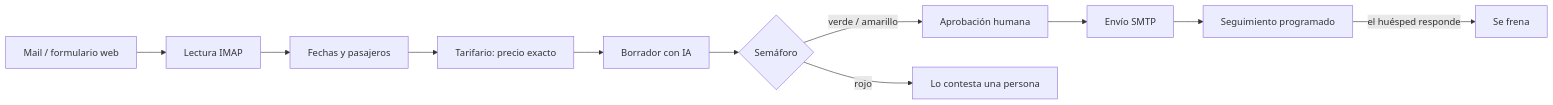
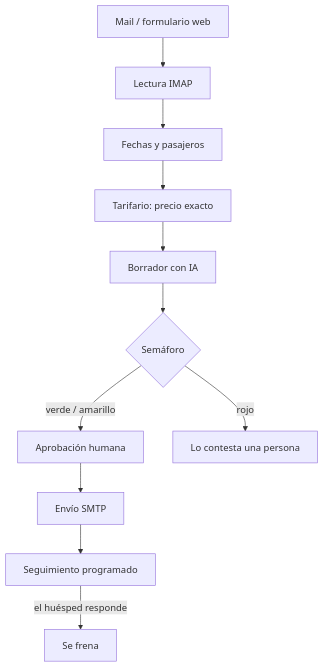
Before and after one commit to ANGELDUPUY/365-marea: the diagram in README.md, drawn with Mermaid.

Commit message:
Diagrama del flujo en vertical para que se lea mejor

````diff
--- a/README.md
+++ b/README.md
@@ -32,13 +32,13 @@
 ```mermaid
-flowchart LR
+flowchart TD
     A[Mail / formulario web] --> B[Lectura IMAP]
     B --> C[Fechas y pasajeros]
     C --> D[Tarifario: precio exacto]
     D --> E[Borrador con IA]
     E --> F{Semáforo}
     F -->|verde / amarillo| G[Aprobación humana]
     F -->|rojo| H[Lo contesta una persona]
     G --> I[Envío SMTP]
     I --> J[Seguimiento programado]
     J -->|el huésped responde| K[Se frena]
 ```
````
